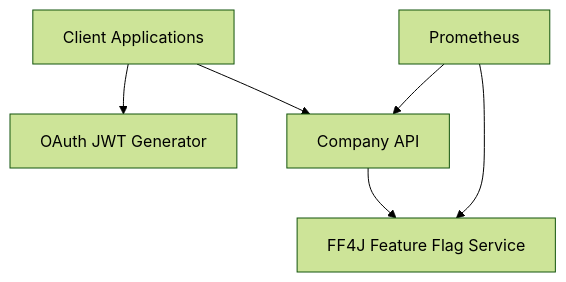
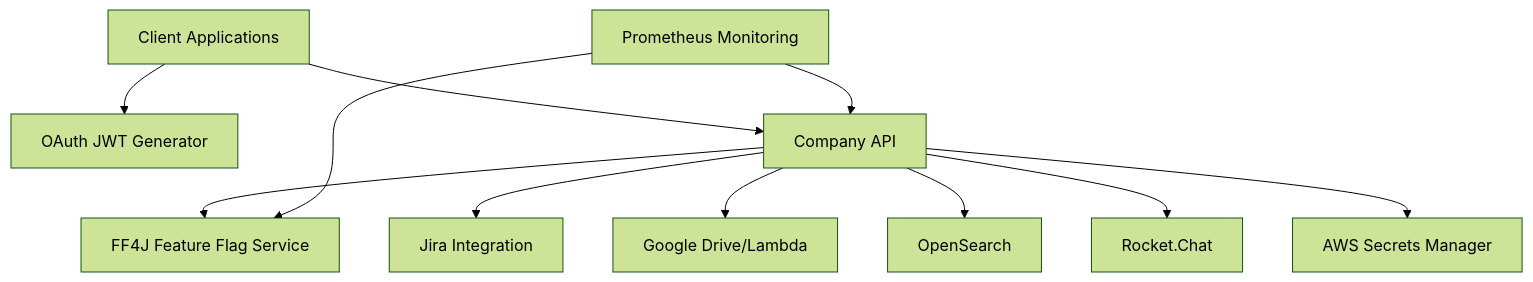
Before and after one commit to effinrich/rh-nx-monorepo: the second of 8 diagrams in .qoder/repowiki/en/content/Backend Services.md, drawn with Mermaid (forest theme). The commit also changed other lines of this file and 130 other files, not shown here.

````diff
--- a/.qoder/repowiki/en/content/Backend Services.md
+++ b/.qoder/repowiki/en/content/Backend Services.md
@@ -114,13 +163,23 @@
 ```mermaid
 graph TB
 Client["Client Applications"]
 OJG["OAuth JWT Generator"]
 CA["Company API"]
 FF4J["FF4J Feature Flag Service"]
-PROM["Prometheus"]
+PROM["Prometheus Monitoring"]
+JIRA["Jira Integration"]
+GDRIVE["Google Drive/Lambda"]
+OSC["OpenSearch"]
+RC["Rocket.Chat"]
+ASM["AWS Secrets Manager"]
 Client --> OJG
 Client --> CA
 CA --> FF4J
+CA --> JIRA
+CA --> GDRIVE
+CA --> OSC
+CA --> RC
+CA --> ASM
 PROM --> CA
 PROM --> FF4J
 ```
````
